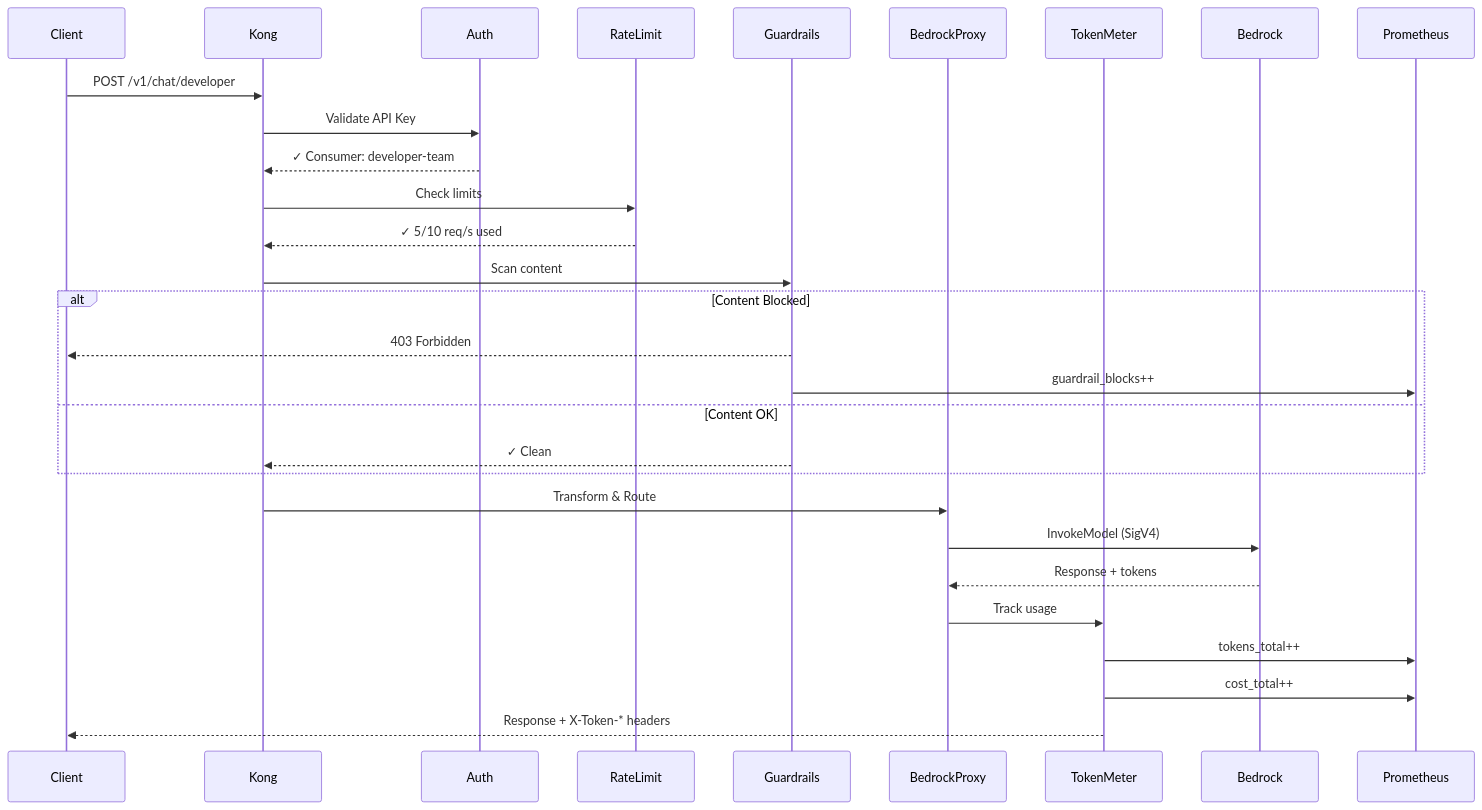
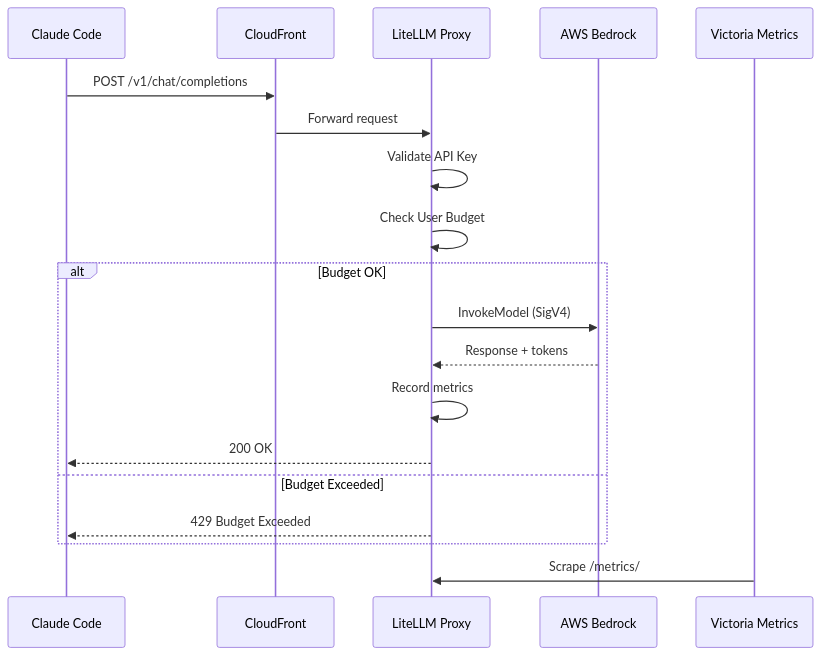
The first of 2 diagrams in README.md (lorenzogirardi/gw_llm), drawn with Mermaid before and after one commit. The commit also changed other lines of this file and 6 other files, not shown here.

First line of the commit message:
docs: update all documentation for LiteLLM architecture

````diff
--- a/README.md
+++ b/README.md
@@ -51,38 +46,25 @@
 ```mermaid
 sequenceDiagram
-    participant Client
-    participant Kong
-    participant Auth
-    participant RateLimit
-    participant Guardrails
-    participant BedrockProxy
-    participant TokenMeter
-    participant Bedrock
-    participant Prometheus
+    participant Client as Claude Code
+    participant CF as CloudFront
+    participant LiteLLM as LiteLLM Proxy
+    participant Bedrock as AWS Bedrock
+    participant VM as Victoria Metrics
 
-    Client->>Kong: POST /v1/chat/developer
-    Kong->>Auth: Validate API Key
-    Auth-->>Kong: ✓ Consumer: developer-team
+    Client->>CF: POST /v1/chat/completions
+    CF->>LiteLLM: Forward request
 
-    Kong->>RateLimit: Check limits
-    RateLimit-->>Kong: ✓ 5/10 req/s used
+    LiteLLM->>LiteLLM: Validate API Key
+    LiteLLM->>LiteLLM: Check User Budget
 
-    Kong->>Guardrails: Scan content
-
-    alt Content Blocked
-        Guardrails-->>Client: 403 Forbidden
-        Guardrails->>Prometheus: guardrail_blocks++
-    else Content OK
-        Guardrails-->>Kong: ✓ Clean
+    alt Budget OK
+        LiteLLM->>Bedrock: InvokeModel (SigV4)
+        Bedrock-->>LiteLLM: Response + tokens
+        LiteLLM->>LiteLLM: Record metrics
+        LiteLLM-->>Client: 200 OK
+    else Budget Exceeded
+        LiteLLM-->>Client: 429 Budget Exceeded
     end
 
-    Kong->>BedrockProxy: Transform & Route
-    BedrockProxy->>Bedrock: InvokeModel (SigV4)
-    Bedrock-->>BedrockProxy: Response + tokens
-
-    BedrockProxy->>TokenMeter: Track usage
-    TokenMeter->>Prometheus: tokens_total++
-    TokenMeter->>Prometheus: cost_total++
-
-    TokenMeter-->>Client: Response + X-Token-* headers
+    VM->>LiteLLM: Scrape /metrics/
 ```
````
